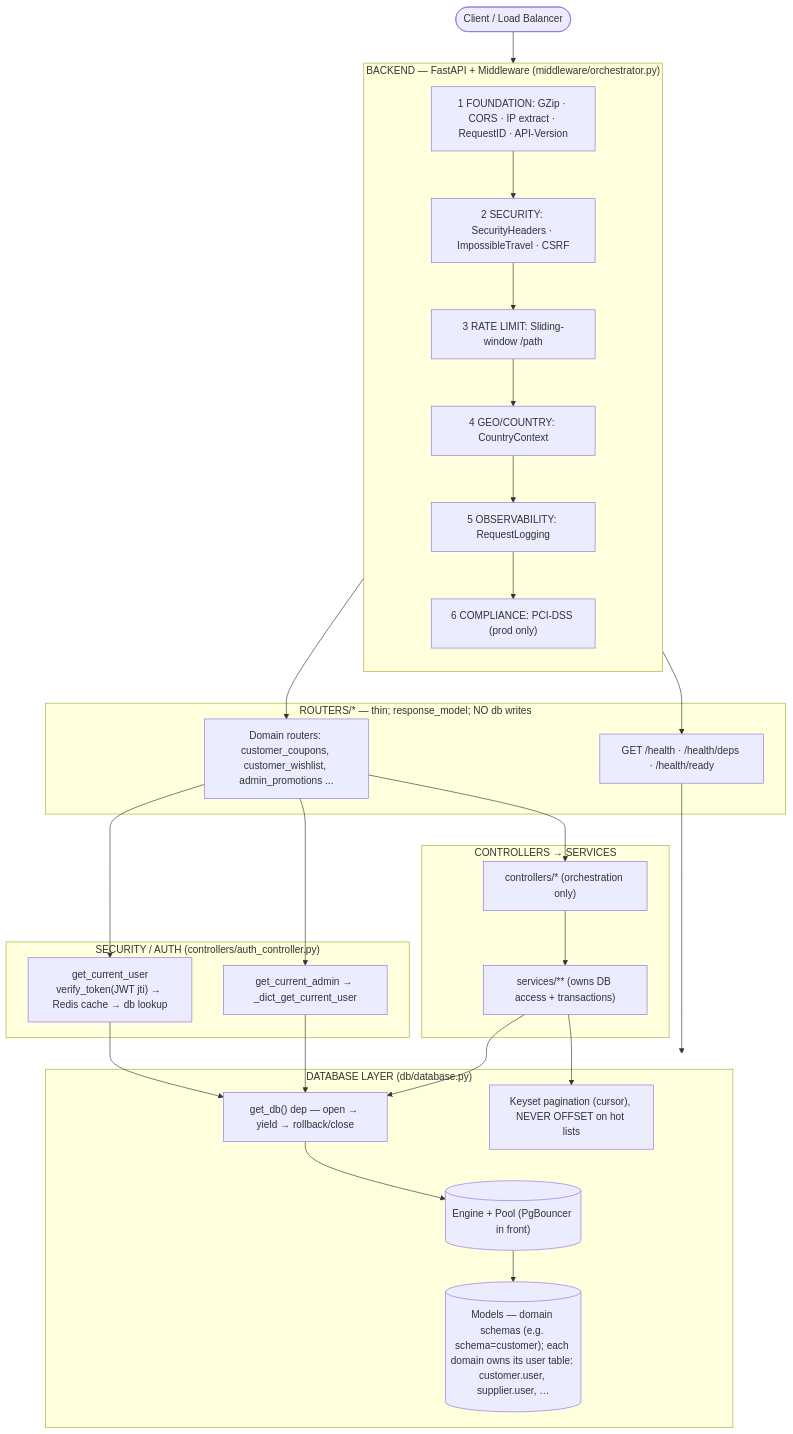
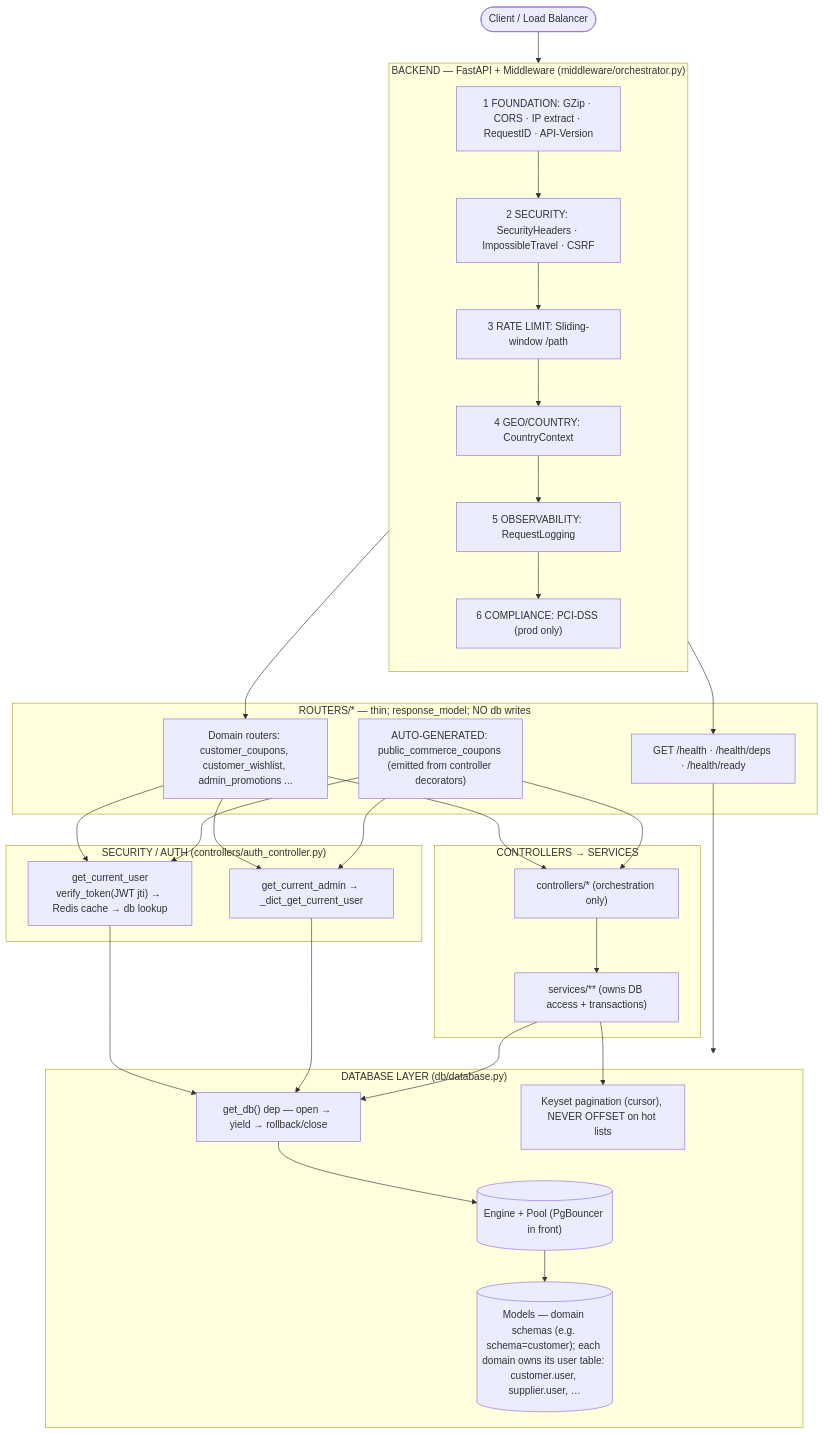
One commit to Makfuncky/zozi changed the second of 7 diagrams in ARCHITECTURE_DIAGRAM.md. Above: the diagram before and after it, drawn with Mermaid. The commit also changed other lines of this file and 835 other files, not shown here.

````diff
--- a/ARCHITECTURE_DIAGRAM.md
+++ b/ARCHITECTURE_DIAGRAM.md
@@ -68,52 +68,56 @@
 ```mermaid
     flowchart TD
         Client([Client / Load Balancer])
 
         subgraph BE["BACKEND — FastAPI + Middleware (middleware/orchestrator.py)"]
             direction TB
             L1["1 FOUNDATION: GZip · CORS · IP extract · RequestID · API-Version"]
             L2["2 SECURITY: SecurityHeaders · ImpossibleTravel · CSRF"]
             L3["3 RATE LIMIT: Sliding-window /path"]
             L4["4 GEO/COUNTRY: CountryContext"]
             L5["5 OBSERVABILITY: RequestLogging"]
             L6["6 COMPLIANCE: PCI-DSS (prod only)"]
             L1 --> L2 --> L3 --> L4 --> L5 --> L6
         end
 
         subgraph RT["ROUTERS/* — thin; response_model; NO db writes"]
             H["GET /health · /health/deps · /health/ready"]
             R["Domain routers: customer_coupons, customer_wishlist, admin_promotions ..."]
+            G["AUTO-GENERATED: public_commerce_coupons (emitted from controller decorators)"]
         end
 
         subgraph SEC["SECURITY / AUTH (controllers/auth_controller.py)"]
             AUTH["get_current_user<br/>verify_token(JWT jti) → Redis cache → db lookup"]
             ADMIN["get_current_admin → _dict_get_current_user"]
         end
 
         subgraph SVC["CONTROLLERS → SERVICES"]
             C["controllers/* (orchestration only)"]
             S["services/** (owns DB access + transactions)"]
         end
 
         subgraph DB["DATABASE LAYER (db/database.py)"]
             POOL[("Engine + Pool (PgBouncer in front)")]
             GETDB["get_db() dep — open → yield → rollback/close"]
             KEYS["Keyset pagination (cursor), NEVER OFFSET on hot lists"]
             MODELS[("Models — domain schemas (e.g. schema=customer); each domain owns its user table: customer.user, supplier.user, …")]
         end
 
         Client --> L1
         L6 --> H
         L6 --> R
         H --> DB
         R --> AUTH
         R --> ADMIN
         AUTH --> GETDB
         ADMIN --> GETDB
         R --> C
+        G --> AUTH
+        G --> ADMIN
+        G --> C
         C --> S
         S --> GETDB
         GETDB --> POOL
         POOL --> MODELS
         S --> KEYS
 ```
````
